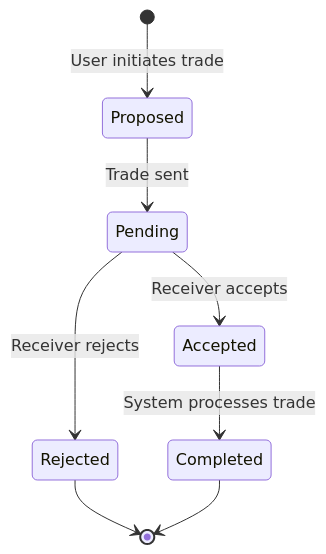
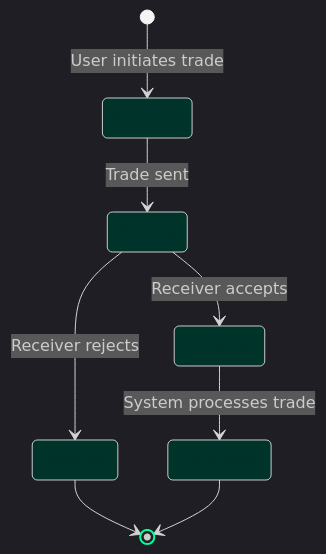
One commit to lundeen06/mintdrop changed the fourth of 4 diagrams in README.md. Above: the diagram before and after it, drawn with Mermaid. The commit also changed other lines of this file, not shown here.

````diff
--- a/README.md
+++ b/README.md
@@ -173,10 +221,24 @@
 ```mermaid
+%%{init: {
+  'theme': 'dark',
+  'themeVariables': {
+    'primaryColor': '#00ff9d',
+    'primaryTextColor': '#fff',
+    'primaryBorderColor': '#00ff9d',
+    'lineColor': '#00ff9d',
+    'secondaryColor': '#006647',
+    'tertiaryColor': '#003329',
+    'background': '#1a1a1a',
+    'stateBkg': '#003329',
+    'stateBorder': '#00ff9d'
+  }
+}}%%
 stateDiagram-v2
     [*] --> Proposed: User initiates trade
     Proposed --> Pending: Trade sent
     Pending --> Accepted: Receiver accepts
     Pending --> Rejected: Receiver rejects
     Accepted --> Completed: System processes trade
     Rejected --> [*]
     Completed --> [*]
 ```
````
